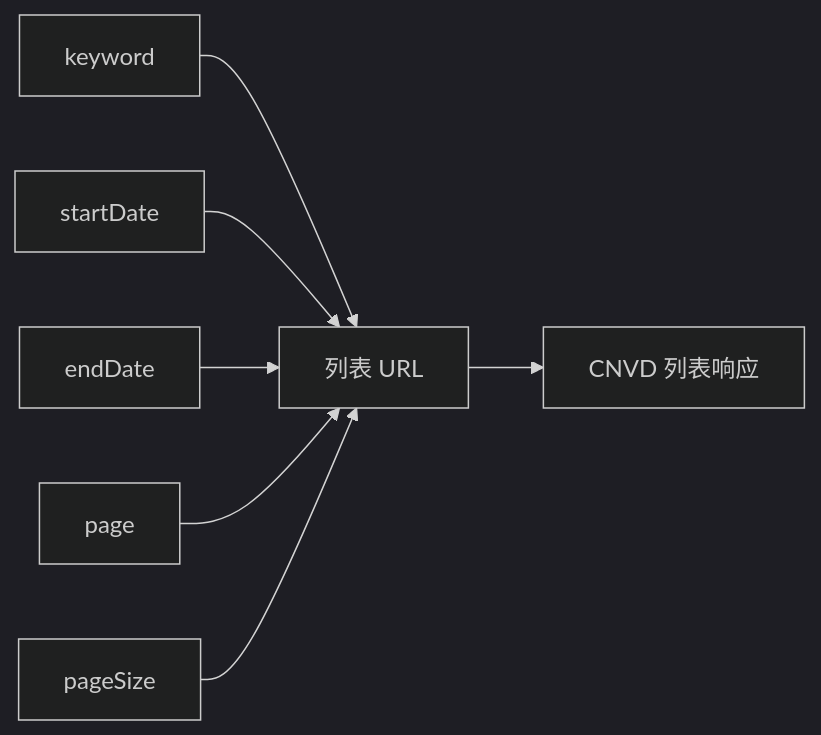
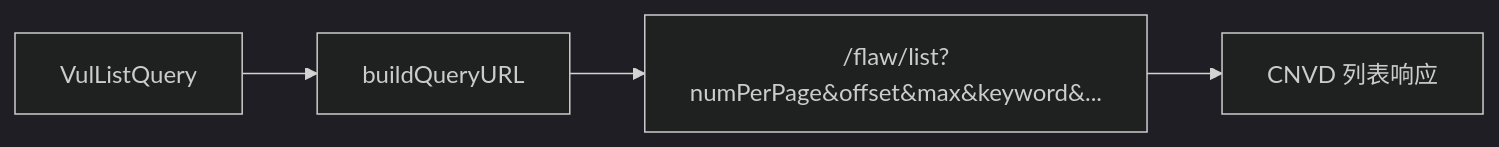
Before and after one commit to scagogogo/cnvd-skills: the diagram in website/docs/api-cnvd-skills/vul-list-query.md, drawn with Mermaid (dark theme). The commit also changed other lines of this file and 59 other files, not shown here.

````diff
--- a/website/docs/api-cnvd-skills/vul-list-query.md
+++ b/website/docs/api-cnvd-skills/vul-list-query.md
@@ -13,9 +60,6 @@
 ```mermaid
 flowchart LR
-    K[keyword] --> U[列表 URL]
-    S[startDate] --> U
-    E[endDate] --> U
-    P[page] --> U
-    Z[pageSize] --> U
-    U --> R[CNVD 列表响应]
+    Q[VulListQuery] --> B[buildQueryURL]
+    B --> URL["/flaw/list?numPerPage&offset&max&keyword&..."]
+    URL --> R[CNVD 列表响应]
 ```
````
